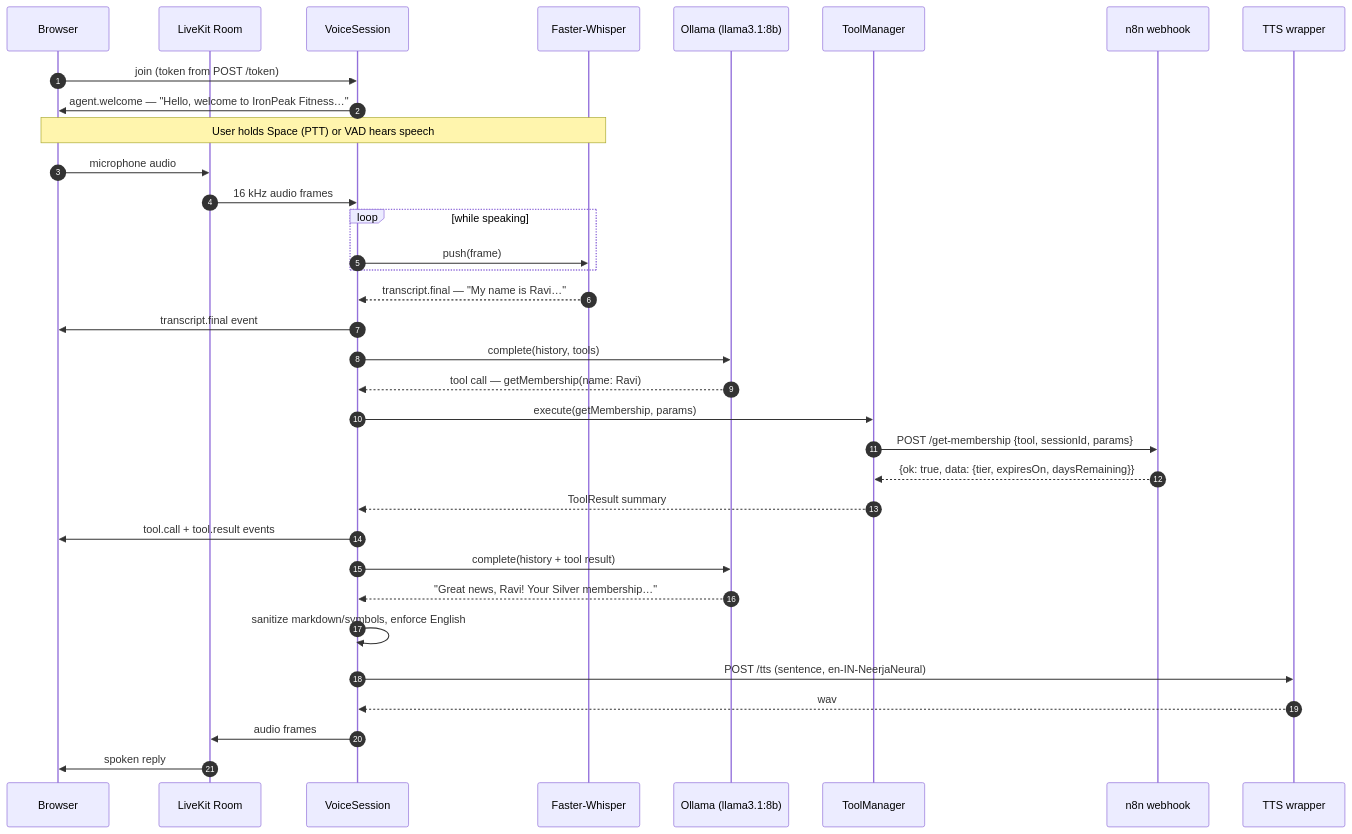
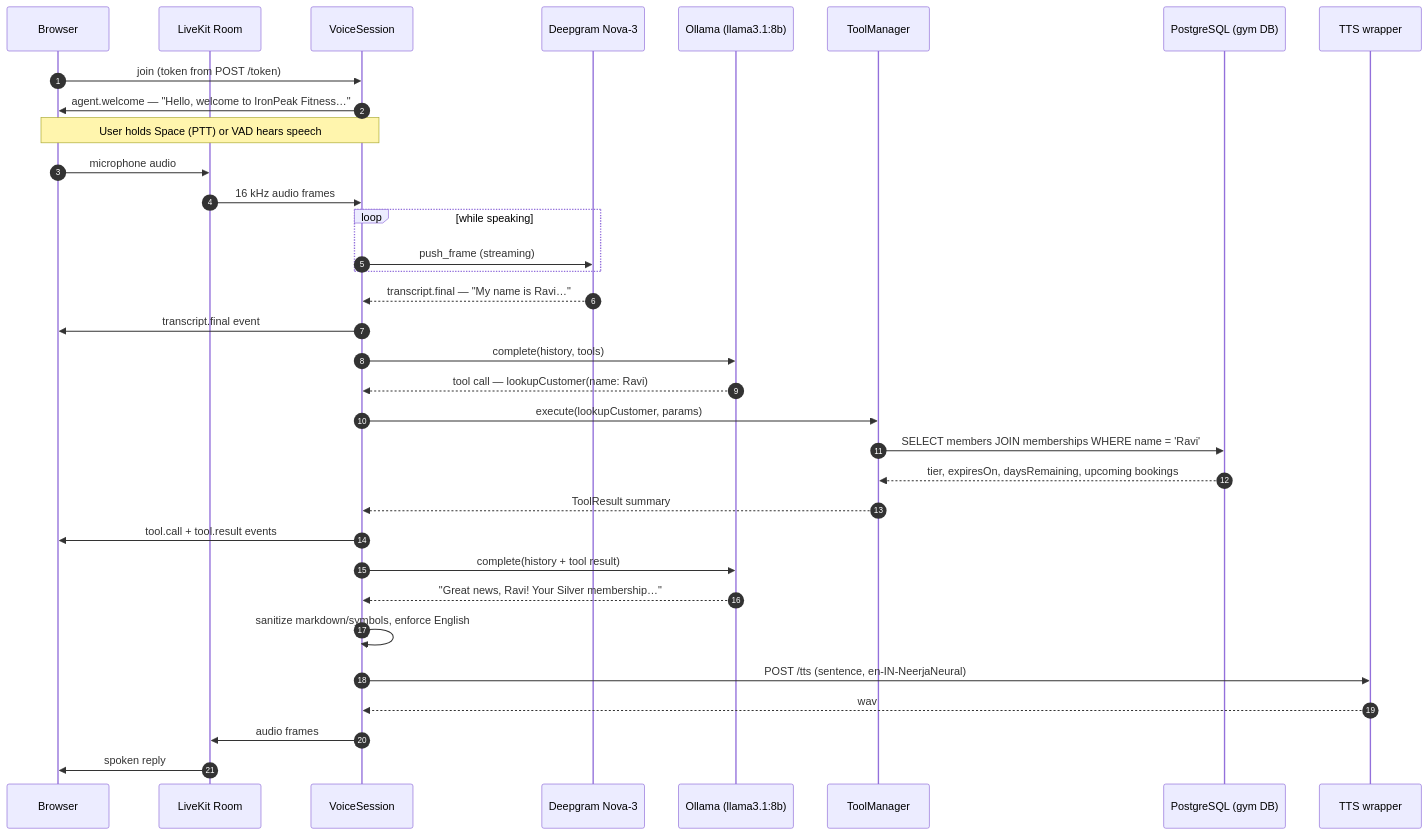
The second of 2 diagrams in README.md (Newer1107/voice-calling-agent), drawn with Mermaid before and after one commit. The commit also changed other lines of this file and 2 other files, not shown here.

First line of the commit message:
docs: update READMEs for current architecture

````diff
--- a/README.md
+++ b/README.md
@@ -155,37 +155,37 @@
 ```mermaid
 sequenceDiagram
     autonumber
     participant B as Browser
     participant R as LiveKit Room
     participant S as VoiceSession
-    participant W as Faster-Whisper
+    participant D as Deepgram Nova-3
     participant O as Ollama (llama3.1:8b)
     participant T as ToolManager
-    participant N as n8n webhook
+    participant P as PostgreSQL (gym DB)
     participant V as TTS wrapper
 
     B->>S: join (token from POST /token)
     S->>B: agent.welcome — "Hello, welcome to IronPeak Fitness…"
-    Note over B,W: User holds Space (PTT) or VAD hears speech
+    Note over B,S: User holds Space (PTT) or VAD hears speech
     B->>R: microphone audio
     R->>S: 16 kHz audio frames
     loop while speaking
-        S->>W: push(frame)
+        S->>D: push_frame (streaming)
     end
-    W-->>S: transcript.final — "My name is Ravi…"
+    D-->>S: transcript.final — "My name is Ravi…"
     S->>B: transcript.final event
     S->>O: complete(history, tools)
-    O-->>S: tool call — getMembership(name: Ravi)
-    S->>T: execute(getMembership, params)
-    T->>N: POST /get-membership {tool, sessionId, params}
-    N-->>T: {ok: true, data: {tier, expiresOn, daysRemaining}}
+    O-->>S: tool call — lookupCustomer(name: Ravi)
+    S->>T: execute(lookupCustomer, params)
+    T->>P: SELECT members JOIN memberships WHERE name = 'Ravi'
+    P-->>T: tier, expiresOn, daysRemaining, upcoming bookings
     T-->>S: ToolResult summary
     S->>B: tool.call + tool.result events
     S->>O: complete(history + tool result)
     O-->>S: "Great news, Ravi! Your Silver membership…"
     S->>S: sanitize markdown/symbols, enforce English
     S->>V: POST /tts (sentence, en-IN-NeerjaNeural)
     V-->>S: wav
     S->>R: audio frames
     R->>B: spoken reply
 ```
````
